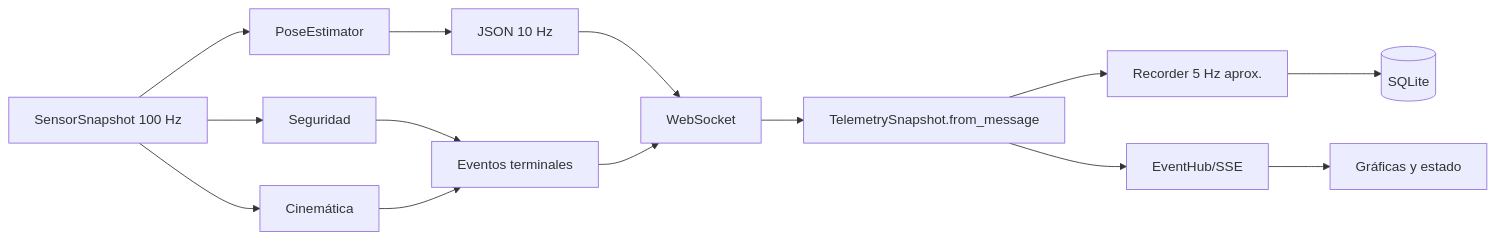
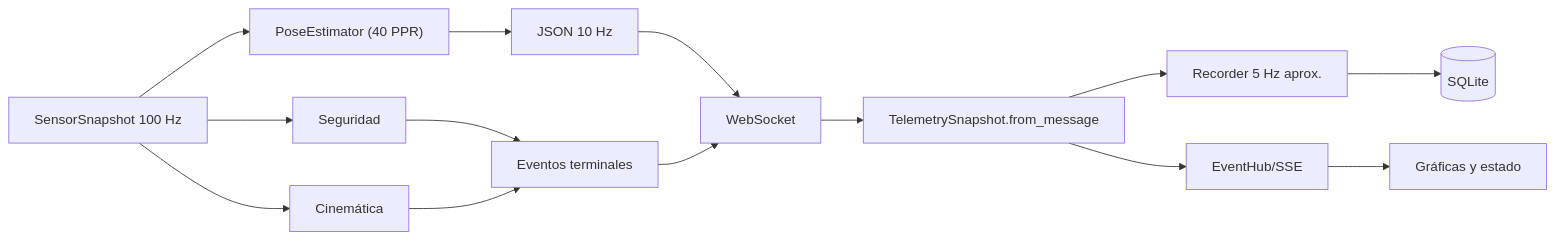
Before and after one commit to RubenAndresGome/carroTest3-For-Esp32-s3-wroom: diagram 17 of 19 in DIAGRAMA_SISTEMA_GENERAL.md, drawn with Mermaid. The commit also changed other lines of this file and 369 other files, not shown here.

````diff
--- a/DIAGRAMA_SISTEMA_GENERAL.md
+++ b/DIAGRAMA_SISTEMA_GENERAL.md
@@ -490,16 +528,16 @@
 ```mermaid
 flowchart LR
-    Snapshot["SensorSnapshot 100 Hz"] --> Pose["PoseEstimator"]
+    Snapshot["SensorSnapshot 100 Hz"] --> Pose["PoseEstimator (40 PPR)"]
     Snapshot --> Safety["Seguridad"]
     Snapshot --> Control["Cinemática"]
     Pose --> Telemetry["JSON 10 Hz"]
     Safety --> Events["Eventos terminales"]
     Control --> Events
     Telemetry --> WS["WebSocket"]
     Events --> WS
     WS --> Normalize["TelemetrySnapshot.from_message"]
     Normalize --> Recorder["Recorder 5 Hz aprox."]
     Normalize --> SSE["EventHub/SSE"]
     Recorder --> DB[("SQLite")]
     SSE --> HMI["Gráficas y estado"]
 ```
````
